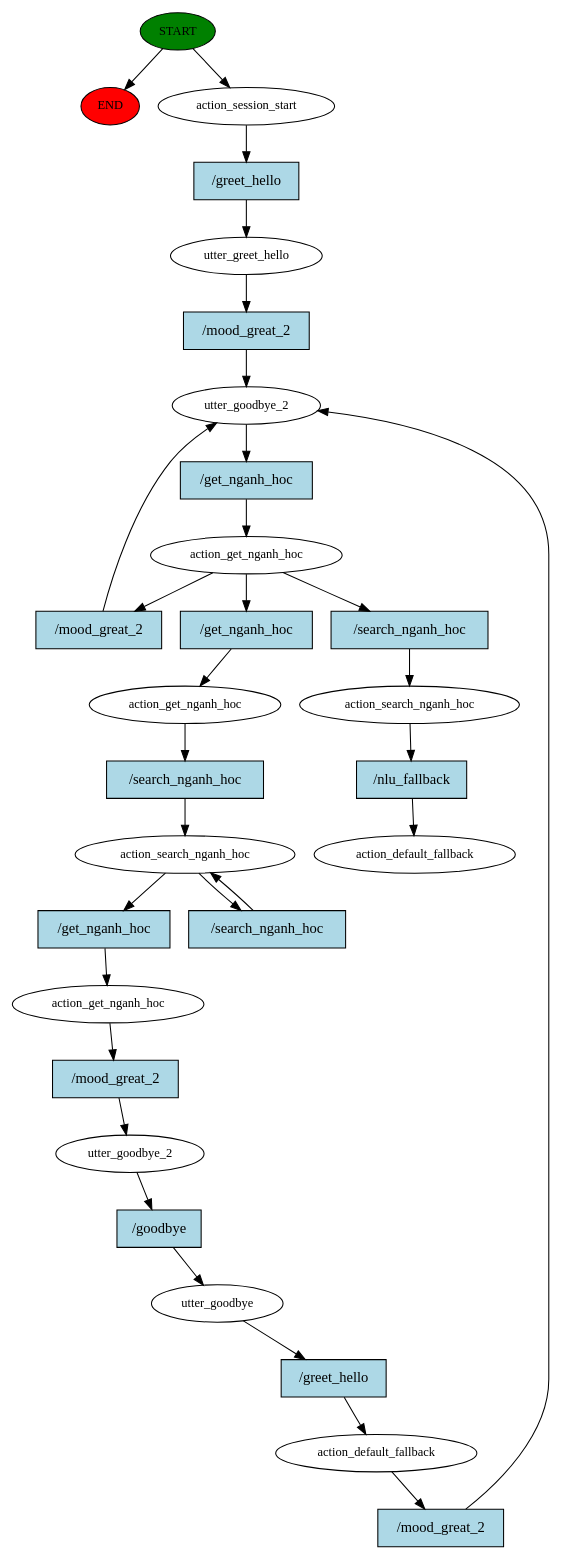
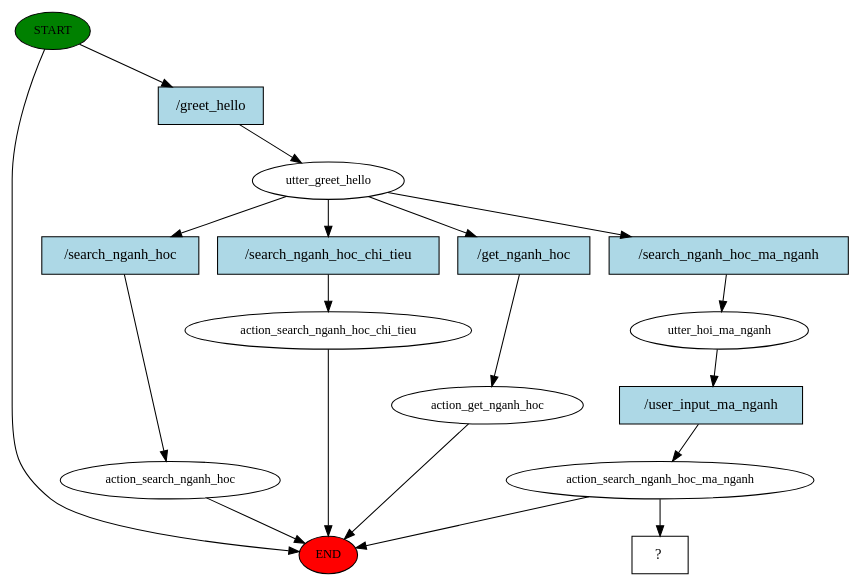
The diagram in story_graph.dot (Baoan007/khoaluan_tranbaoan), drawn with Graphviz before and after one commit. The commit also changed 22 other files, not shown here.

```diff
--- a/story_graph.dot
+++ b/story_graph.dot
@@ -1,60 +1,35 @@
 digraph  {
 0 [class="start active", fillcolor=green, fontsize=12, label=START, style=filled];
 "-1" [class=end, fillcolor=red, fontsize=12, label=END, style=filled];
-1 [class=active, fontsize=12, label=action_session_start];
-2 [class=active, fontsize=12, label=utter_greet_hello];
-3 [class=active, fontsize=12, label=utter_goodbye_2];
-4 [class=active, fontsize=12, label=action_get_nganh_hoc];
-7 [class=active, fontsize=12, label=action_get_nganh_hoc];
-8 [class=active, fontsize=12, label=action_search_nganh_hoc];
-10 [class=active, fontsize=12, label=action_get_nganh_hoc];
-11 [class=active, fontsize=12, label=utter_goodbye_2];
-12 [class=active, fontsize=12, label=utter_goodbye];
-13 [class=active, fontsize=12, label=action_default_fallback];
-16 [class=active, fontsize=12, label=action_search_nganh_hoc];
-17 [class="dashed active", fontsize=12, label=action_default_fallback];
-18 [class="intent active", fillcolor=lightblue, label="/greet_hello", shape=rect, style=filled];
-19 [class="intent active", fillcolor=lightblue, label="/mood_great_2", shape=rect, style=filled];
-20 [class="intent active", fillcolor=lightblue, label="/get_nganh_hoc", shape=rect, style=filled];
-21 [class="intent active", fillcolor=lightblue, label="/mood_great_2", shape=rect, style=filled];
-22 [class="intent active", fillcolor=lightblue, label="/get_nganh_hoc", shape=rect, style=filled];
-23 [class="intent active", fillcolor=lightblue, label="/search_nganh_hoc", shape=rect, style=filled];
-24 [class="intent active", fillcolor=lightblue, label="/search_nganh_hoc", shape=rect, style=filled];
-25 [class="intent active", fillcolor=lightblue, label="/get_nganh_hoc", shape=rect, style=filled];
-26 [class="intent active", fillcolor=lightblue, label="/search_nganh_hoc", shape=rect, style=filled];
-27 [class="intent active", fillcolor=lightblue, label="/mood_great_2", shape=rect, style=filled];
-28 [class="intent active", fillcolor=lightblue, label="/goodbye", shape=rect, style=filled];
-29 [class="intent active", fillcolor=lightblue, label="/greet_hello", shape=rect, style=filled];
-30 [class="intent active", fillcolor=lightblue, label="/mood_great_2", shape=rect, style=filled];
-31 [class="intent active", fillcolor=lightblue, label="/nlu_fallback", shape=rect, style=filled];
+1 [class=active, fontsize=12, label=utter_greet_hello];
+2 [class="", fontsize=12, label=action_get_nganh_hoc];
+4 [class="", fontsize=12, label=action_search_nganh_hoc];
+6 [class=active, fontsize=12, label=utter_hoi_ma_nganh];
+7 [class=active, fontsize=12, label=action_search_nganh_hoc_ma_nganh];
+9 [class="", fontsize=12, label=action_search_nganh_hoc_chi_tieu];
+13 [class="intent dashed active", label="  ?  ", shape=rect];
+14 [class="intent active", fillcolor=lightblue, label="/greet_hello", shape=rect, style=filled];
+15 [class=intent, fillcolor=lightblue, label="/get_nganh_hoc", shape=rect, style=filled];
+16 [class=intent, fillcolor=lightblue, label="/search_nganh_hoc", shape=rect, style=filled];
+17 [class="intent active", fillcolor=lightblue, label="/search_nganh_hoc_ma_nganh", shape=rect, style=filled];
+18 [class=intent, fillcolor=lightblue, label="/search_nganh_hoc_chi_tieu", shape=rect, style=filled];
+19 [class="intent active", fillcolor=lightblue, label="/user_input_ma_nganh", shape=rect, style=filled];
 0 -> "-1"  [class="", key=NONE, label=""];
-0 -> 1  [class=active, key=NONE, label=""];
-1 -> 18  [class=active, key=0];
-2 -> 19  [class=active, key=0];
-3 -> 20  [class=active, key=0];
-4 -> 21  [class=active, key=0];
-4 -> 22  [class=active, key=0];
-4 -> 23  [class=active, key=0];
-7 -> 24  [class=active, key=0];
-8 -> 25  [class=active, key=0];
-8 -> 26  [class=active, key=0];
-10 -> 27  [class=active, key=0];
-11 -> 28  [class=active, key=0];
-12 -> 29  [class=active, key=0];
-13 -> 30  [class=active, key=0];
-16 -> 31  [class=active, key=0];
-18 -> 2  [class=active, key=0];
-19 -> 3  [class=active, key=0];
-20 -> 4  [class=active, key=0];
-21 -> 3  [class=active, key=0];
-22 -> 7  [class=active, key=0];
-23 -> 16  [class=active, key=0];
-24 -> 8  [class=active, key=0];
-25 -> 10  [class=active, key=0];
-26 -> 8  [class=active, key=0];
-27 -> 11  [class=active, key=0];
-28 -> 12  [class=active, key=0];
-29 -> 13  [class=active, key=0];
-30 -> 3  [class=active, key=0];
-31 -> 17  [class=active, key=0];
+0 -> 14  [class=active, key=0];
+1 -> 15  [class="", key=0];
+1 -> 16  [class="", key=0];
+1 -> 17  [class=active, key=0];
+1 -> 18  [class="", key=0];
+2 -> "-1"  [class="", key=NONE, label=""];
+4 -> "-1"  [class="", key=NONE, label=""];
+6 -> 19  [class=active, key=0];
+7 -> "-1"  [class="", key=NONE, label=""];
+7 -> 13  [class=active, key=NONE, label=""];
+9 -> "-1"  [class="", key=NONE, label=""];
+14 -> 1  [class=active, key=0];
+15 -> 2  [class="", key=0];
+16 -> 4  [class="", key=0];
+17 -> 6  [class=active, key=0];
+18 -> 9  [class="", key=0];
+19 -> 7  [class=active, key=0];
 }
```
